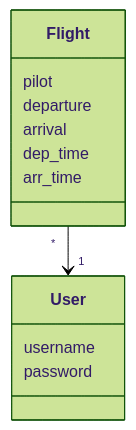
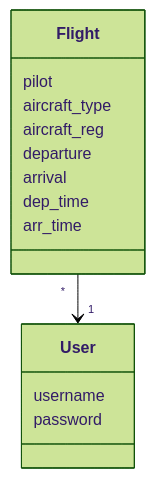
Before and after one commit to ilmari21/ot-harjoitustyo: the first of 2 diagrams in dokumentaatio/arkkitehtuuri.md, drawn with Mermaid (forest theme). The commit also changed other lines of this file, not shown here.

````diff
--- a/dokumentaatio/arkkitehtuuri.md
+++ b/dokumentaatio/arkkitehtuuri.md
@@ -17,15 +17,17 @@
 ```mermaid
  classDiagram
       Flight "*" --> "1" User
       class User{
           username
           password
       }
       class Flight{
           pilot
+          aircraft_type
+          aircraft_reg
           departure
           arrival
           dep_time
           arr_time
       }
 ```
````
